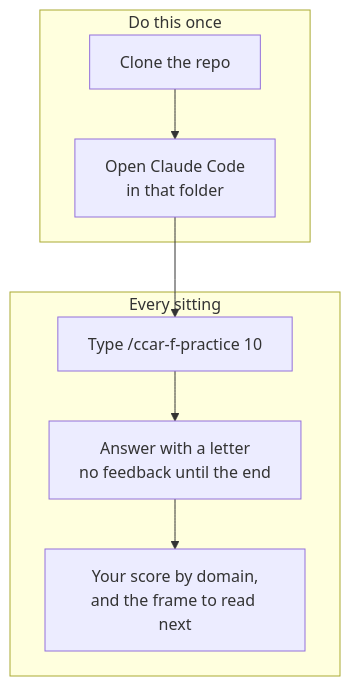
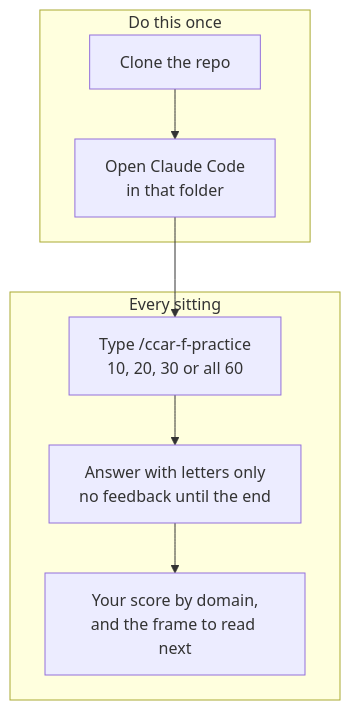
One commit to Lufeloga/claude-certified-architect-foundations changed the first of 2 diagrams in README.md. Above: the diagram before and after it, drawn with Mermaid.

Commit message:
Stop the setup diagram from implying a ten-item limit
The example count read as the only count. The node now shows the range, and
"answer with a letter" becomes "answer with letters only", since six items take
two.

````diff
--- a/README.md
+++ b/README.md
@@ -19,11 +19,11 @@
 ```mermaid
 flowchart TD
     subgraph once["Do this once"]
         A["Clone the repo"] --> B["Open Claude Code<br/>in that folder"]
     end
     subgraph each["Every sitting"]
-        C["Type /ccar-f-practice 10"] --> D["Answer with a letter<br/>no feedback until the end"]
+        C["Type /ccar-f-practice<br/>10, 20, 30 or all 60"] --> D["Answer with letters only<br/>no feedback until the end"]
         D --> E["Your score by domain,<br/>and the frame to read next"]
     end
     B --> C
 ```
````
